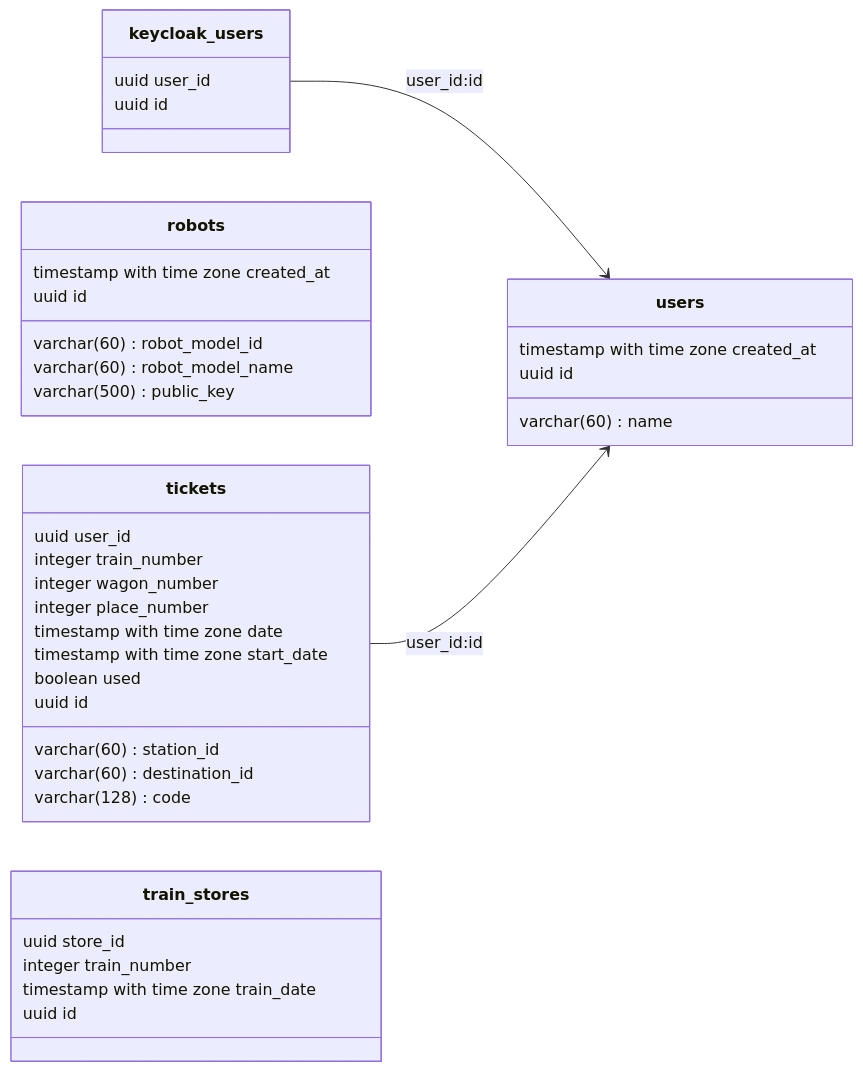
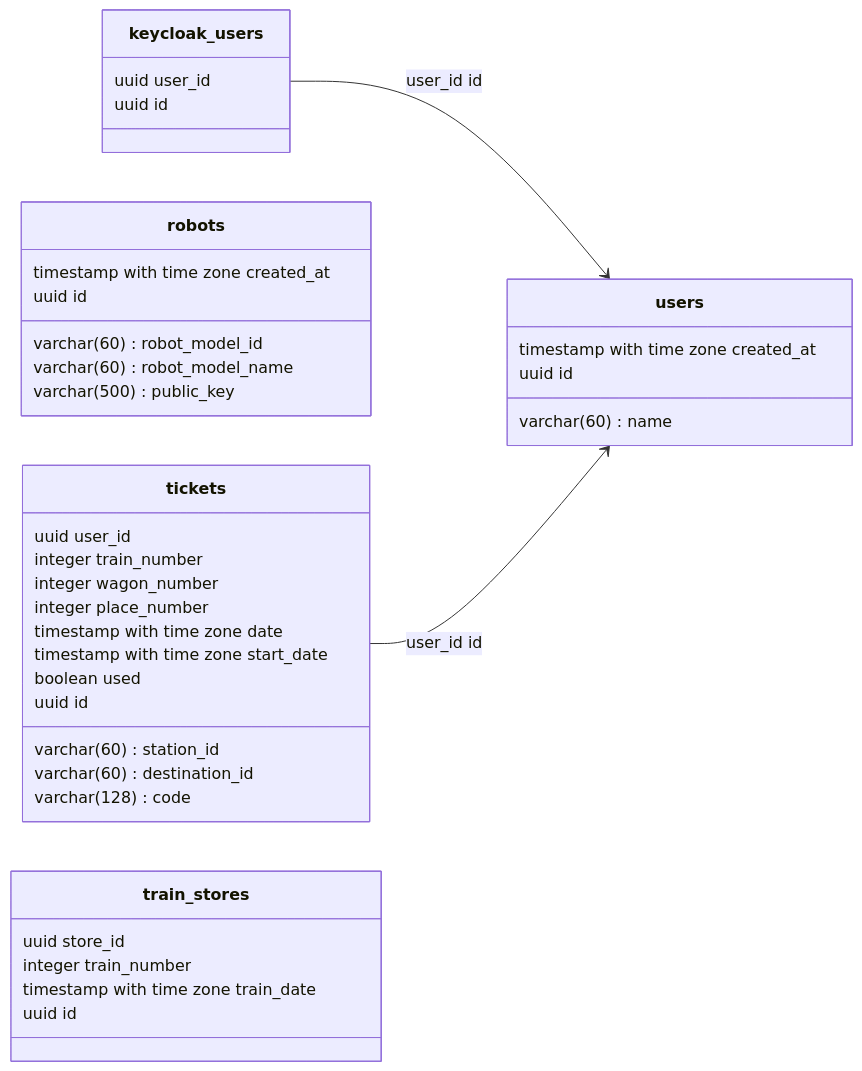
The third of 12 diagrams in Docs/RU/Doc.md (NikshetSteh/TransportationEngineers), drawn with Mermaid before and after one commit. The commit also changed other lines of this file and 2 other files, not shown here.

````diff
--- a/Docs/RU/Doc.md
+++ b/Docs/RU/Doc.md
@@ -210,42 +208,43 @@
 ```mermaid
 classDiagram
-  direction LR
-  class keycloak_users {
-    uuid user_id
-    uuid id
-  }
-  class robots {
-    varchar(60) robot_model_id
-    varchar(60) robot_model_name
-    varchar(500) public_key
-    timestamp with time zone created_at
-    uuid id
-  }
-  class tickets {
-    uuid user_id
-    integer train_number
-    integer wagon_number
-    integer place_number
-    timestamp with time zone date
-    varchar(60) station_id
-    varchar(60) destination_id
-    timestamp with time zone start_date
-    varchar(128) code
-    boolean used
-    uuid id
-  }
-  class train_stores {
-    uuid store_id
-    integer train_number
-    timestamp with time zone train_date
-    uuid id
-  }
-  class users {
-    varchar(60) name
-    timestamp with time zone created_at
-    uuid id
-  }
+    direction LR
 
-  keycloak_users --> users: user_id&#58id
-  tickets --> users: user_id&#58id
+    class keycloak_users {
+        uuid user_id
+        uuid id
+    }
+    class robots {
+        varchar(60) robot_model_id
+        varchar(60) robot_model_name
+        varchar(500) public_key
+        timestamp with time zone created_at
+        uuid id
+    }
+    class tickets {
+        uuid user_id
+        integer train_number
+        integer wagon_number
+        integer place_number
+        timestamp with time zone date
+        varchar(60) station_id
+        varchar(60) destination_id
+        timestamp with time zone start_date
+        varchar(128) code
+        boolean used
+        uuid id
+    }
+    class train_stores {
+        uuid store_id
+        integer train_number
+        timestamp with time zone train_date
+        uuid id
+    }
+    class users {
+        varchar(60) name
+        timestamp with time zone created_at
+        uuid id
+    }
+
+    keycloak_users --> users: user_id id
+    tickets --> users: user_id id
 ```
````
